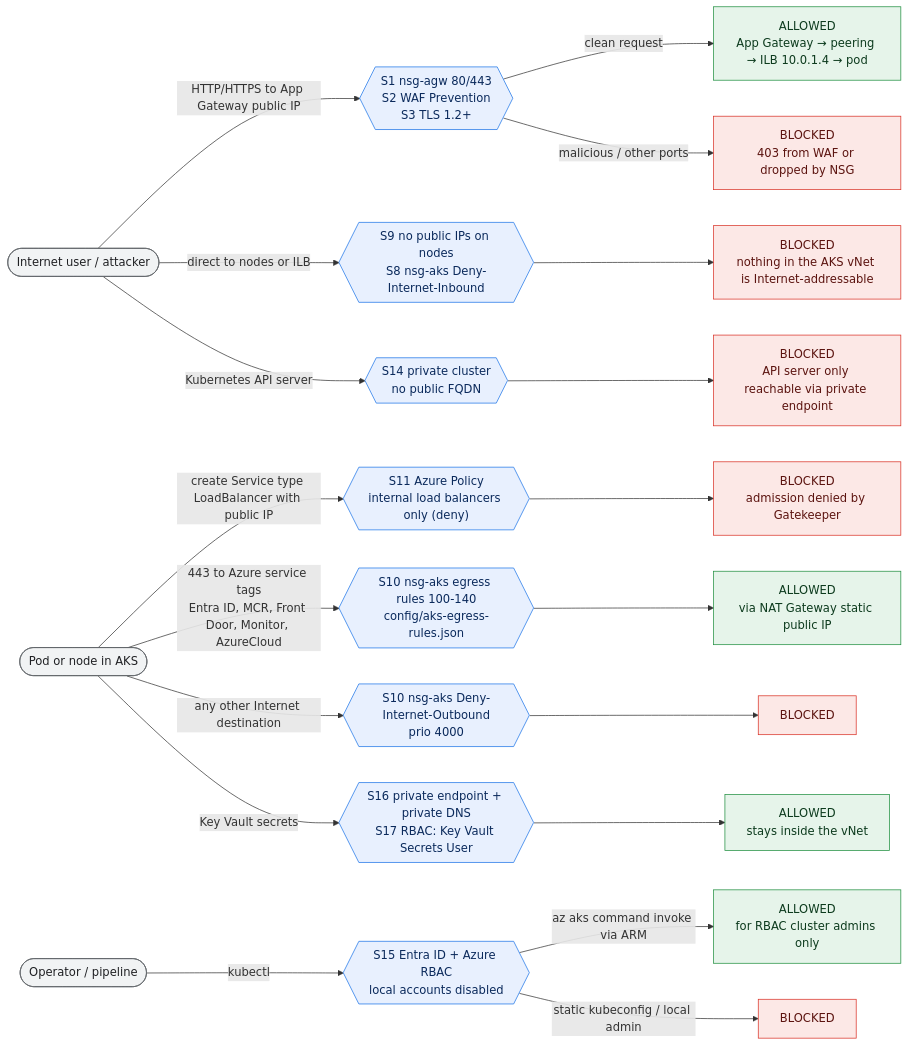
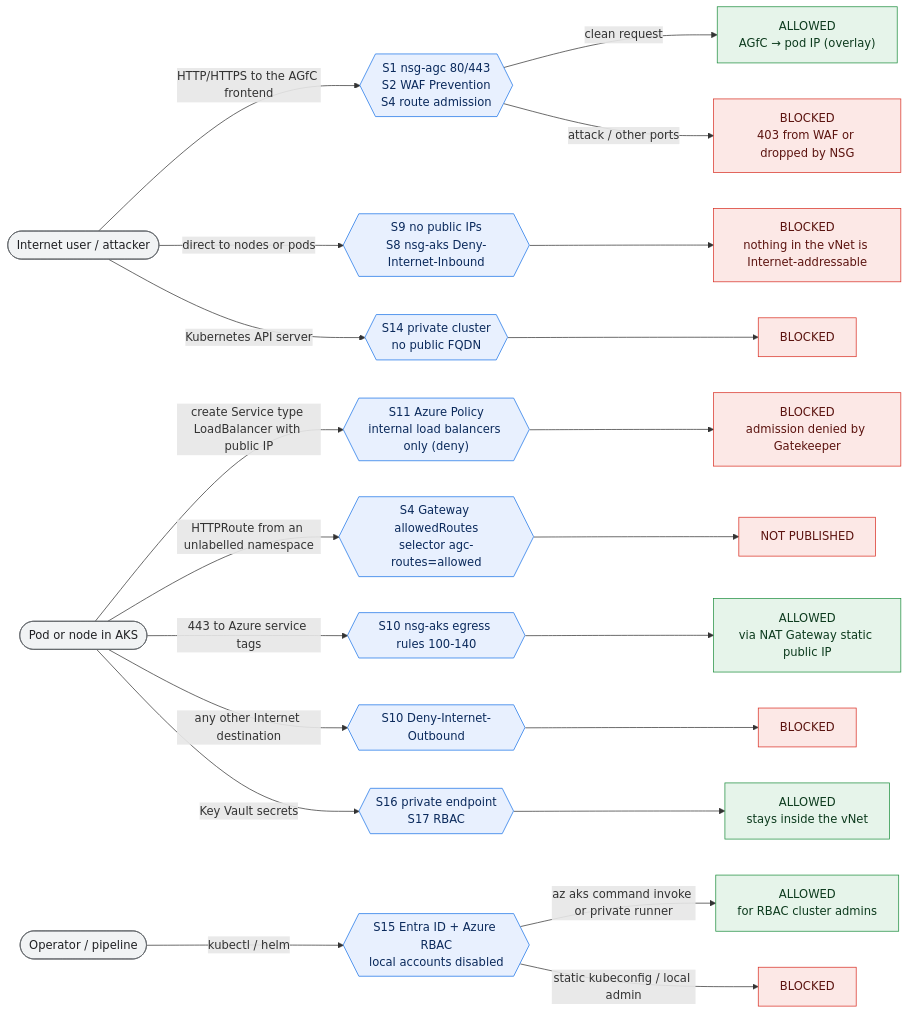
Before and after one commit to slakhani10/aks: the second of 5 diagrams in docs/architecture.md, drawn with Mermaid. The commit also changed other lines of this file and 20 other files, not shown here.

````diff
--- a/docs/architecture.md
+++ b/docs/architecture.md
@@ -67,40 +56,40 @@
 ```mermaid
 flowchart LR
     classDef allow fill:#e6f4ea,stroke:#1e8e3e,color:#0d3b1e
     classDef deny fill:#fce8e6,stroke:#d93025,color:#5c1410
     classDef ctrl fill:#e8f0fe,stroke:#1a73e8,color:#0b2a5c
     classDef src fill:#f1f3f4,stroke:#5f6368,color:#202124
 
     INET([Internet user / attacker]):::src
     POD([Pod or node in AKS]):::src
     OPS([Operator / pipeline]):::src
 
-    %% ---------------- Ingress ----------------
-    INET -->|HTTP/HTTPS to App Gateway public IP| C1{{"S1 nsg-agw 80/443<br/>S2 WAF Prevention<br/>S3 TLS 1.2+"}}:::ctrl
-    C1 -->|clean request| A1["ALLOWED<br/>App Gateway → peering → ILB 10.0.1.4 → pod"]:::allow
-    C1 -->|malicious / other ports| D1["BLOCKED<br/>403 from WAF or dropped by NSG"]:::deny
+    INET -->|HTTP/HTTPS to the AGfC frontend| C1{{"S1 nsg-agc 80/443<br/>S2 WAF Prevention<br/>S4 route admission"}}:::ctrl
+    C1 -->|clean request| A1["ALLOWED<br/>AGfC → pod IP (overlay)"]:::allow
+    C1 -->|attack / other ports| D1["BLOCKED<br/>403 from WAF or dropped by NSG"]:::deny
 
-    INET -->|direct to nodes or ILB| C2{{"S9 no public IPs on nodes<br/>S8 nsg-aks Deny-Internet-Inbound"}}:::ctrl
-    C2 --> D2["BLOCKED<br/>nothing in the AKS vNet is Internet-addressable"]:::deny
+    INET -->|direct to nodes or pods| C2{{"S9 no public IPs<br/>S8 nsg-aks Deny-Internet-Inbound"}}:::ctrl
+    C2 --> D2["BLOCKED<br/>nothing in the vNet is Internet-addressable"]:::deny
 
     INET -->|Kubernetes API server| C3{{"S14 private cluster<br/>no public FQDN"}}:::ctrl
-    C3 --> D3["BLOCKED<br/>API server only reachable via private endpoint"]:::deny
+    C3 --> D3["BLOCKED"]:::deny
 
     POD -->|create Service type LoadBalancer with public IP| C4{{"S11 Azure Policy<br/>internal load balancers only (deny)"}}:::ctrl
     C4 --> D4["BLOCKED<br/>admission denied by Gatekeeper"]:::deny
 
-    %% ---------------- Egress ----------------
-    POD -->|443 to Azure service tags<br/>Entra ID, MCR, Front Door, Monitor, AzureCloud| C5{{"S10 nsg-aks egress rules 100-140<br/>config/aks-egress-rules.json"}}:::ctrl
-    C5 --> A5["ALLOWED<br/>via NAT Gateway static public IP"]:::allow
+    POD -->|HTTPRoute from an unlabelled namespace| C5{{"S4 Gateway allowedRoutes<br/>selector agc-routes=allowed"}}:::ctrl
+    C5 --> D5["NOT PUBLISHED"]:::deny
 
-    POD -->|any other Internet destination| C6{{"S10 nsg-aks Deny-Internet-Outbound<br/>prio 4000"}}:::ctrl
-    C6 --> D6["BLOCKED"]:::deny
+    POD -->|443 to Azure service tags| C6{{"S10 nsg-aks egress rules 100-140"}}:::ctrl
+    C6 --> A6["ALLOWED<br/>via NAT Gateway static public IP"]:::allow
 
-    POD -->|Key Vault secrets| C7{{"S16 private endpoint + private DNS<br/>S17 RBAC: Key Vault Secrets User"}}:::ctrl
-    C7 --> A7["ALLOWED<br/>stays inside the vNet"]:::allow
+    POD -->|any other Internet destination| C7{{"S10 Deny-Internet-Outbound"}}:::ctrl
+    C7 --> D7["BLOCKED"]:::deny
 
-    %% ---------------- Management ----------------
-    OPS -->|kubectl| C8{{"S15 Entra ID + Azure RBAC<br/>local accounts disabled"}}:::ctrl
-    C8 -->|az aks command invoke via ARM| A8["ALLOWED<br/>for RBAC cluster admins only"]:::allow
-    C8 -->|static kubeconfig / local admin| D8["BLOCKED"]:::deny
+    POD -->|Key Vault secrets| C8{{"S16 private endpoint<br/>S17 RBAC"}}:::ctrl
+    C8 --> A8["ALLOWED<br/>stays inside the vNet"]:::allow
+
+    OPS -->|kubectl / helm| C9{{"S15 Entra ID + Azure RBAC<br/>local accounts disabled"}}:::ctrl
+    C9 -->|az aks command invoke or private runner| A9["ALLOWED<br/>for RBAC cluster admins"]:::allow
+    C9 -->|static kubeconfig / local admin| D9["BLOCKED"]:::deny
 ```
````
